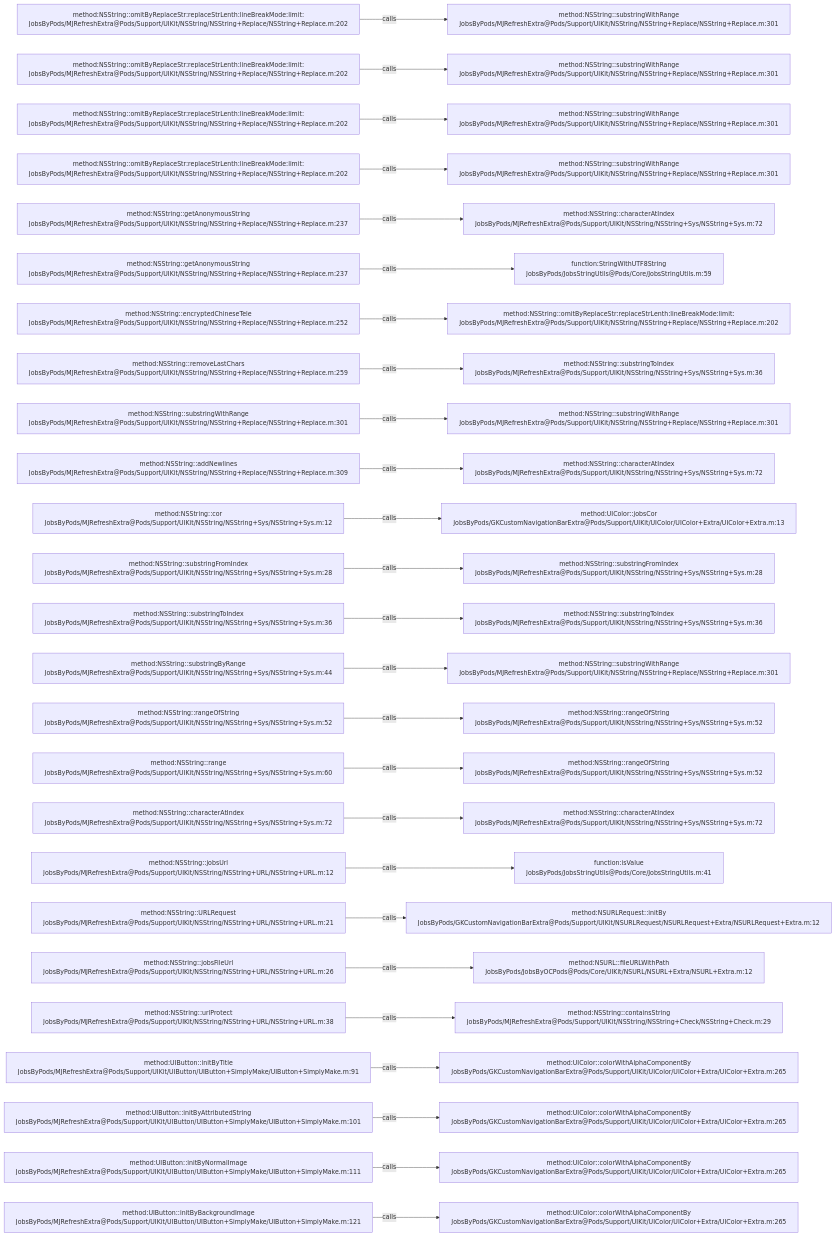
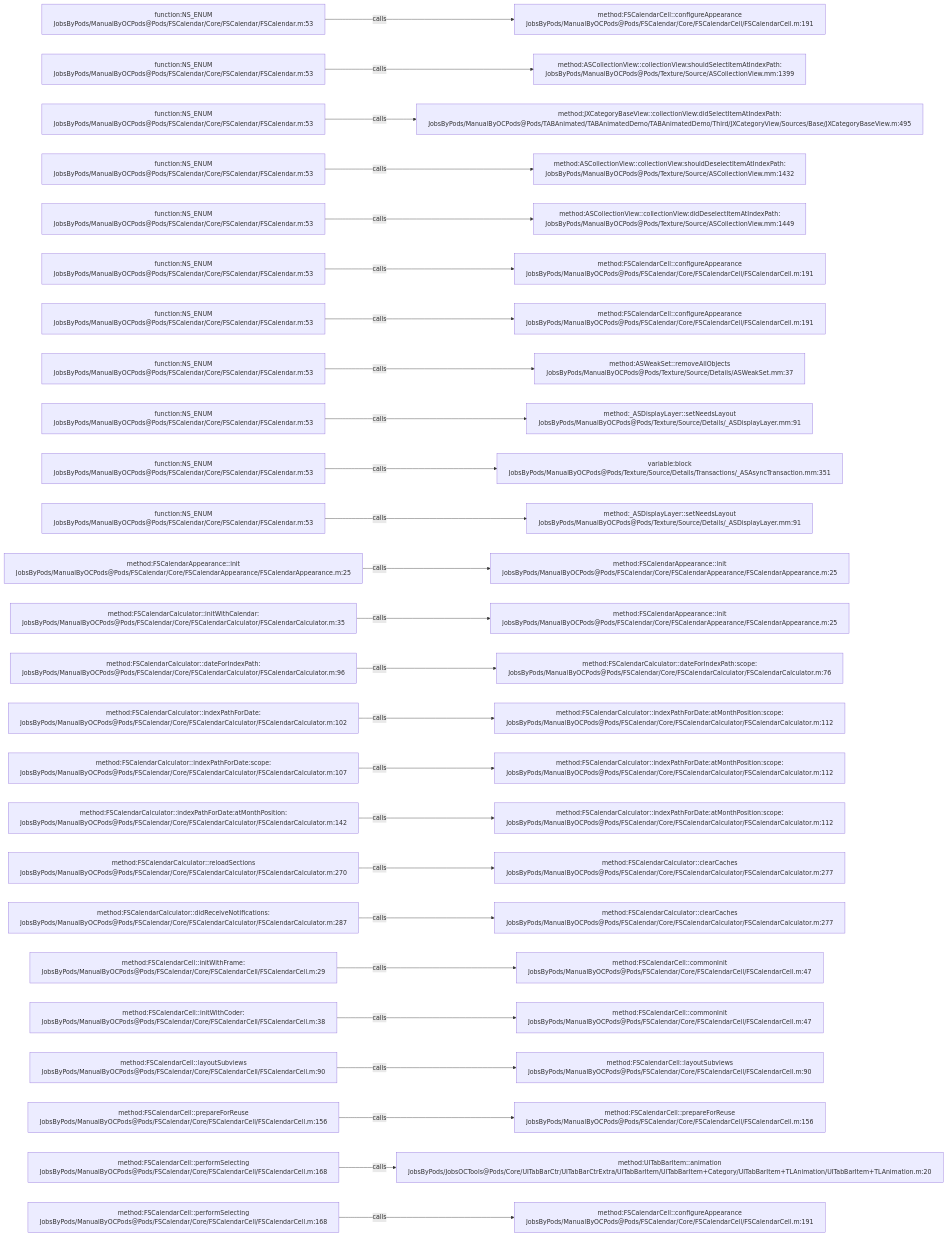
The diagram in .codegraph/codegraph.md/graphs/calls-179.md (JobsKits/JobsOCBaseConfigDemo), drawn with Mermaid before and after one commit. The commit also changed 639 other files, not shown here.

````diff
--- a/.codegraph/codegraph.md/graphs/calls-179.md
+++ b/.codegraph/codegraph.md/graphs/calls-179.md
@@ -13,78 +13,78 @@
 ```mermaid
 flowchart LR
-  S1["method:NSString::omitByReplaceStr:replaceStrLenth:lineBreakMode:limit:<br/>JobsByPods/MJRefreshExtra@Pods/Support/UIKit/NSString/NSString+Replace/NSString+Replace.m:202"]
-  T1["method:NSString::substringWithRange<br/>JobsByPods/MJRefreshExtra@Pods/Support/UIKit/NSString/NSString+Replace/NSString+Replace.m:301"]
+  S1["function:NS_ENUM<br/>JobsByPods/ManualByOCPods@Pods/FSCalendar/Core/FSCalendar/FSCalendar.m:53"]
+  T1["method:FSCalendarCell::configureAppearance<br/>JobsByPods/ManualByOCPods@Pods/FSCalendar/Core/FSCalendarCell/FSCalendarCell.m:191"]
   S1 -->|calls| T1
-  S2["method:NSString::omitByReplaceStr:replaceStrLenth:lineBreakMode:limit:<br/>JobsByPods/MJRefreshExtra@Pods/Support/UIKit/NSString/NSString+Replace/NSString+Replace.m:202"]
-  T2["method:NSString::substringWithRange<br/>JobsByPods/MJRefreshExtra@Pods/Support/UIKit/NSString/NSString+Replace/NSString+Replace.m:301"]
+  S2["function:NS_ENUM<br/>JobsByPods/ManualByOCPods@Pods/FSCalendar/Core/FSCalendar/FSCalendar.m:53"]
+  T2["method:ASCollectionView::collectionView:shouldSelectItemAtIndexPath:<br/>JobsByPods/ManualByOCPods@Pods/Texture/Source/ASCollectionView.mm:1399"]
   S2 -->|calls| T2
-  S3["method:NSString::omitByReplaceStr:replaceStrLenth:lineBreakMode:limit:<br/>JobsByPods/MJRefreshExtra@Pods/Support/UIKit/NSString/NSString+Replace/NSString+Replace.m:202"]
-  T3["method:NSString::substringWithRange<br/>JobsByPods/MJRefreshExtra@Pods/Support/UIKit/NSString/NSString+Replace/NSString+Replace.m:301"]
+  S3["function:NS_ENUM<br/>JobsByPods/ManualByOCPods@Pods/FSCalendar/Core/FSCalendar/FSCalendar.m:53"]
+  T3["method:JXCategoryBaseView::collectionView:didSelectItemAtIndexPath:<br/>JobsByPods/ManualByOCPods@Pods/TABAnimated/TABAnimatedDemo/TABAnimatedDemo/Third/JXCategoryView/Sources/Base/JXCategoryBaseView.m:495"]
   S3 -->|calls| T3
-  S4["method:NSString::omitByReplaceStr:replaceStrLenth:lineBreakMode:limit:<br/>JobsByPods/MJRefreshExtra@Pods/Support/UIKit/NSString/NSString+Replace/NSString+Replace.m:202"]
-  T4["method:NSString::substringWithRange<br/>JobsByPods/MJRefreshExtra@Pods/Support/UIKit/NSString/NSString+Replace/NSString+Replace.m:301"]
+  S4["function:NS_ENUM<br/>JobsByPods/ManualByOCPods@Pods/FSCalendar/Core/FSCalendar/FSCalendar.m:53"]
+  T4["method:ASCollectionView::collectionView:shouldDeselectItemAtIndexPath:<br/>JobsByPods/ManualByOCPods@Pods/Texture/Source/ASCollectionView.mm:1432"]
   S4 -->|calls| T4
-  S5["method:NSString::getAnonymousString<br/>JobsByPods/MJRefreshExtra@Pods/Support/UIKit/NSString/NSString+Replace/NSString+Replace.m:237"]
-  T5["method:NSString::characterAtIndex<br/>JobsByPods/MJRefreshExtra@Pods/Support/UIKit/NSString/NSString+Sys/NSString+Sys.m:72"]
+  S5["function:NS_ENUM<br/>JobsByPods/ManualByOCPods@Pods/FSCalendar/Core/FSCalendar/FSCalendar.m:53"]
+  T5["method:ASCollectionView::collectionView:didDeselectItemAtIndexPath:<br/>JobsByPods/ManualByOCPods@Pods/Texture/Source/ASCollectionView.mm:1449"]
   S5 -->|calls| T5
-  S6["method:NSString::getAnonymousString<br/>JobsByPods/MJRefreshExtra@Pods/Support/UIKit/NSString/NSString+Replace/NSString+Replace.m:237"]
-  T6["function:StringWithUTF8String<br/>JobsByPods/JobsStringUtils@Pods/Core/JobsStringUtils.m:59"]
+  S6["function:NS_ENUM<br/>JobsByPods/ManualByOCPods@Pods/FSCalendar/Core/FSCalendar/FSCalendar.m:53"]
+  T6["method:FSCalendarCell::configureAppearance<br/>JobsByPods/ManualByOCPods@Pods/FSCalendar/Core/FSCalendarCell/FSCalendarCell.m:191"]
   S6 -->|calls| T6
-  S7["method:NSString::encryptedChineseTele<br/>JobsByPods/MJRefreshExtra@Pods/Support/UIKit/NSString/NSString+Replace/NSString+Replace.m:252"]
-  T7["method:NSString::omitByReplaceStr:replaceStrLenth:lineBreakMode:limit:<br/>JobsByPods/MJRefreshExtra@Pods/Support/UIKit/NSString/NSString+Replace/NSString+Replace.m:202"]
+  S7["function:NS_ENUM<br/>JobsByPods/ManualByOCPods@Pods/FSCalendar/Core/FSCalendar/FSCalendar.m:53"]
+  T7["method:FSCalendarCell::configureAppearance<br/>JobsByPods/ManualByOCPods@Pods/FSCalendar/Core/FSCalendarCell/FSCalendarCell.m:191"]
   S7 -->|calls| T7
-  S8["method:NSString::removeLastChars<br/>JobsByPods/MJRefreshExtra@Pods/Support/UIKit/NSString/NSString+Replace/NSString+Replace.m:259"]
-  T8["method:NSString::substringToIndex<br/>JobsByPods/MJRefreshExtra@Pods/Support/UIKit/NSString/NSString+Sys/NSString+Sys.m:36"]
+  S8["function:NS_ENUM<br/>JobsByPods/ManualByOCPods@Pods/FSCalendar/Core/FSCalendar/FSCalendar.m:53"]
+  T8["method:ASWeakSet::removeAllObjects<br/>JobsByPods/ManualByOCPods@Pods/Texture/Source/Details/ASWeakSet.mm:37"]
   S8 -->|calls| T8
-  S9["method:NSString::substringWithRange<br/>JobsByPods/MJRefreshExtra@Pods/Support/UIKit/NSString/NSString+Replace/NSString+Replace.m:301"]
-  T9["method:NSString::substringWithRange<br/>JobsByPods/MJRefreshExtra@Pods/Support/UIKit/NSString/NSString+Replace/NSString+Replace.m:301"]
+  S9["function:NS_ENUM<br/>JobsByPods/ManualByOCPods@Pods/FSCalendar/Core/FSCalendar/FSCalendar.m:53"]
+  T9["method:_ASDisplayLayer::setNeedsLayout<br/>JobsByPods/ManualByOCPods@Pods/Texture/Source/Details/_ASDisplayLayer.mm:91"]
   S9 -->|calls| T9
-  S10["method:NSString::addNewlines<br/>JobsByPods/MJRefreshExtra@Pods/Support/UIKit/NSString/NSString+Replace/NSString+Replace.m:309"]
-  T10["method:NSString::characterAtIndex<br/>JobsByPods/MJRefreshExtra@Pods/Support/UIKit/NSString/NSString+Sys/NSString+Sys.m:72"]
+  S10["function:NS_ENUM<br/>JobsByPods/ManualByOCPods@Pods/FSCalendar/Core/FSCalendar/FSCalendar.m:53"]
+  T10["variable:block<br/>JobsByPods/ManualByOCPods@Pods/Texture/Source/Details/Transactions/_ASAsyncTransaction.mm:351"]
   S10 -->|calls| T10
-  S11["method:NSString::cor<br/>JobsByPods/MJRefreshExtra@Pods/Support/UIKit/NSString/NSString+Sys/NSString+Sys.m:12"]
-  T11["method:UIColor::jobsCor<br/>JobsByPods/GKCustomNavigationBarExtra@Pods/Support/UIKit/UIColor/UIColor+Extra/UIColor+Extra.m:13"]
+  S11["function:NS_ENUM<br/>JobsByPods/ManualByOCPods@Pods/FSCalendar/Core/FSCalendar/FSCalendar.m:53"]
+  T11["method:_ASDisplayLayer::setNeedsLayout<br/>JobsByPods/ManualByOCPods@Pods/Texture/Source/Details/_ASDisplayLayer.mm:91"]
   S11 -->|calls| T11
-  S12["method:NSString::substringFromIndex<br/>JobsByPods/MJRefreshExtra@Pods/Support/UIKit/NSString/NSString+Sys/NSString+Sys.m:28"]
-  T12["method:NSString::substringFromIndex<br/>JobsByPods/MJRefreshExtra@Pods/Support/UIKit/NSString/NSString+Sys/NSString+Sys.m:28"]
+  S12["method:FSCalendarAppearance::init<br/>JobsByPods/ManualByOCPods@Pods/FSCalendar/Core/FSCalendarAppearance/FSCalendarAppearance.m:25"]
+  T12["method:FSCalendarAppearance::init<br/>JobsByPods/ManualByOCPods@Pods/FSCalendar/Core/FSCalendarAppearance/FSCalendarAppearance.m:25"]
   S12 -->|calls| T12
-  S13["method:NSString::substringToIndex<br/>JobsByPods/MJRefreshExtra@Pods/Support/UIKit/NSString/NSString+Sys/NSString+Sys.m:36"]
-  T13["method:NSString::substringToIndex<br/>JobsByPods/MJRefreshExtra@Pods/Support/UIKit/NSString/NSString+Sys/NSString+Sys.m:36"]
+  S13["method:FSCalendarCalculator::initWithCalendar:<br/>JobsByPods/ManualByOCPods@Pods/FSCalendar/Core/FSCalendarCalculator/FSCalendarCalculator.m:35"]
+  T13["method:FSCalendarAppearance::init<br/>JobsByPods/ManualByOCPods@Pods/FSCalendar/Core/FSCalendarAppearance/FSCalendarAppearance.m:25"]
   S13 -->|calls| T13
-  S14["method:NSString::substringByRange<br/>JobsByPods/MJRefreshExtra@Pods/Support/UIKit/NSString/NSString+Sys/NSString+Sys.m:44"]
-  T14["method:NSString::substringWithRange<br/>JobsByPods/MJRefreshExtra@Pods/Support/UIKit/NSString/NSString+Replace/NSString+Replace.m:301"]
+  S14["method:FSCalendarCalculator::dateForIndexPath:<br/>JobsByPods/ManualByOCPods@Pods/FSCalendar/Core/FSCalendarCalculator/FSCalendarCalculator.m:96"]
+  T14["method:FSCalendarCalculator::dateForIndexPath:scope:<br/>JobsByPods/ManualByOCPods@Pods/FSCalendar/Core/FSCalendarCalculator/FSCalendarCalculator.m:76"]
   S14 -->|calls| T14
-  S15["method:NSString::rangeOfString<br/>JobsByPods/MJRefreshExtra@Pods/Support/UIKit/NSString/NSString+Sys/NSString+Sys.m:52"]
-  T15["method:NSString::rangeOfString<br/>JobsByPods/MJRefreshExtra@Pods/Support/UIKit/NSString/NSString+Sys/NSString+Sys.m:52"]
+  S15["method:FSCalendarCalculator::indexPathForDate:<br/>JobsByPods/ManualByOCPods@Pods/FSCalendar/Core/FSCalendarCalculator/FSCalendarCalculator.m:102"]
+  T15["method:FSCalendarCalculator::indexPathForDate:atMonthPosition:scope:<br/>JobsByPods/ManualByOCPods@Pods/FSCalendar/Core/FSCalendarCalculator/FSCalendarCalculator.m:112"]
   S15 -->|calls| T15
-  S16["method:NSString::range<br/>JobsByPods/MJRefreshExtra@Pods/Support/UIKit/NSString/NSString+Sys/NSString+Sys.m:60"]
-  T16["method:NSString::rangeOfString<br/>JobsByPods/MJRefreshExtra@Pods/Support/UIKit/NSString/NSString+Sys/NSString+Sys.m:52"]
+  S16["method:FSCalendarCalculator::indexPathForDate:scope:<br/>JobsByPods/ManualByOCPods@Pods/FSCalendar/Core/FSCalendarCalculator/FSCalendarCalculator.m:107"]
+  T16["method:FSCalendarCalculator::indexPathForDate:atMonthPosition:scope:<br/>JobsByPods/ManualByOCPods@Pods/FSCalendar/Core/FSCalendarCalculator/FSCalendarCalculator.m:112"]
   S16 -->|calls| T16
-  S17["method:NSString::characterAtIndex<br/>JobsByPods/MJRefreshExtra@Pods/Support/UIKit/NSString/NSString+Sys/NSString+Sys.m:72"]
-  T17["method:NSString::characterAtIndex<br/>JobsByPods/MJRefreshExtra@Pods/Support/UIKit/NSString/NSString+Sys/NSString+Sys.m:72"]
+  S17["method:FSCalendarCalculator::indexPathForDate:atMonthPosition:<br/>JobsByPods/ManualByOCPods@Pods/FSCalendar/Core/FSCalendarCalculator/FSCalendarCalculator.m:142"]
+  T17["method:FSCalendarCalculator::indexPathForDate:atMonthPosition:scope:<br/>JobsByPods/ManualByOCPods@Pods/FSCalendar/Core/FSCalendarCalculator/FSCalendarCalculator.m:112"]
   S17 -->|calls| T17
-  S18["method:NSString::jobsUrl<br/>JobsByPods/MJRefreshExtra@Pods/Support/UIKit/NSString/NSString+URL/NSString+URL.m:12"]
-  T18["function:isValue<br/>JobsByPods/JobsStringUtils@Pods/Core/JobsStringUtils.m:41"]
+  S18["method:FSCalendarCalculator::reloadSections<br/>JobsByPods/ManualByOCPods@Pods/FSCalendar/Core/FSCalendarCalculator/FSCalendarCalculator.m:270"]
+  T18["method:FSCalendarCalculator::clearCaches<br/>JobsByPods/ManualByOCPods@Pods/FSCalendar/Core/FSCalendarCalculator/FSCalendarCalculator.m:277"]
   S18 -->|calls| T18
-  S19["method:NSString::URLRequest<br/>JobsByPods/MJRefreshExtra@Pods/Support/UIKit/NSString/NSString+URL/NSString+URL.m:21"]
-  T19["method:NSURLRequest::initBy<br/>JobsByPods/GKCustomNavigationBarExtra@Pods/Support/UIKit/NSURLRequest/NSURLRequest+Extra/NSURLRequest+Extra.m:12"]
+  S19["method:FSCalendarCalculator::didReceiveNotifications:<br/>JobsByPods/ManualByOCPods@Pods/FSCalendar/Core/FSCalendarCalculator/FSCalendarCalculator.m:287"]
+  T19["method:FSCalendarCalculator::clearCaches<br/>JobsByPods/ManualByOCPods@Pods/FSCalendar/Core/FSCalendarCalculator/FSCalendarCalculator.m:277"]
   S19 -->|calls| T19
-  S20["method:NSString::jobsFileUrl<br/>JobsByPods/MJRefreshExtra@Pods/Support/UIKit/NSString/NSString+URL/NSString+URL.m:26"]
-  T20["method:NSURL::fileURLWithPath<br/>JobsByPods/JobsByOCPods@Pods/Core/UIKit/NSURL/NSURL+Extra/NSURL+Extra.m:12"]
+  S20["method:FSCalendarCell::initWithFrame:<br/>JobsByPods/ManualByOCPods@Pods/FSCalendar/Core/FSCalendarCell/FSCalendarCell.m:29"]
+  T20["method:FSCalendarCell::commonInit<br/>JobsByPods/ManualByOCPods@Pods/FSCalendar/Core/FSCalendarCell/FSCalendarCell.m:47"]
   S20 -->|calls| T20
-  S21["method:NSString::urlProtect<br/>JobsByPods/MJRefreshExtra@Pods/Support/UIKit/NSString/NSString+URL/NSString+URL.m:38"]
-  T21["method:NSString::containsString<br/>JobsByPods/MJRefreshExtra@Pods/Support/UIKit/NSString/NSString+Check/NSString+Check.m:29"]
+  S21["method:FSCalendarCell::initWithCoder:<br/>JobsByPods/ManualByOCPods@Pods/FSCalendar/Core/FSCalendarCell/FSCalendarCell.m:38"]
+  T21["method:FSCalendarCell::commonInit<br/>JobsByPods/ManualByOCPods@Pods/FSCalendar/Core/FSCalendarCell/FSCalendarCell.m:47"]
   S21 -->|calls| T21
-  S22["method:UIButton::initByTitle<br/>JobsByPods/MJRefreshExtra@Pods/Support/UIKit/UIButton/UIButton+SimplyMake/UIButton+SimplyMake.m:91"]
-  T22["method:UIColor::colorWithAlphaComponentBy<br/>JobsByPods/GKCustomNavigationBarExtra@Pods/Support/UIKit/UIColor/UIColor+Extra/UIColor+Extra.m:265"]
+  S22["method:FSCalendarCell::layoutSubviews<br/>JobsByPods/ManualByOCPods@Pods/FSCalendar/Core/FSCalendarCell/FSCalendarCell.m:90"]
+  T22["method:FSCalendarCell::layoutSubviews<br/>JobsByPods/ManualByOCPods@Pods/FSCalendar/Core/FSCalendarCell/FSCalendarCell.m:90"]
   S22 -->|calls| T22
-  S23["method:UIButton::initByAttributedString<br/>JobsByPods/MJRefreshExtra@Pods/Support/UIKit/UIButton/UIButton+SimplyMake/UIButton+SimplyMake.m:101"]
-  T23["method:UIColor::colorWithAlphaComponentBy<br/>JobsByPods/GKCustomNavigationBarExtra@Pods/Support/UIKit/UIColor/UIColor+Extra/UIColor+Extra.m:265"]
+  S23["method:FSCalendarCell::prepareForReuse<br/>JobsByPods/ManualByOCPods@Pods/FSCalendar/Core/FSCalendarCell/FSCalendarCell.m:156"]
+  T23["method:FSCalendarCell::prepareForReuse<br/>JobsByPods/ManualByOCPods@Pods/FSCalendar/Core/FSCalendarCell/FSCalendarCell.m:156"]
   S23 -->|calls| T23
-  S24["method:UIButton::initByNormalImage<br/>JobsByPods/MJRefreshExtra@Pods/Support/UIKit/UIButton/UIButton+SimplyMake/UIButton+SimplyMake.m:111"]
-  T24["method:UIColor::colorWithAlphaComponentBy<br/>JobsByPods/GKCustomNavigationBarExtra@Pods/Support/UIKit/UIColor/UIColor+Extra/UIColor+Extra.m:265"]
+  S24["method:FSCalendarCell::performSelecting<br/>JobsByPods/ManualByOCPods@Pods/FSCalendar/Core/FSCalendarCell/FSCalendarCell.m:168"]
+  T24["method:UITabBarItem::animation<br/>JobsByPods/JobsOCTools@Pods/Core/UITabBarCtr/UITabBarCtrExtra/UITabBarItem/UITabBarItem+Category/UITabBarItem+TLAnimation/UITabBarItem+TLAnimation.m:20"]
   S24 -->|calls| T24
-  S25["method:UIButton::initByBackgroundImage<br/>JobsByPods/MJRefreshExtra@Pods/Support/UIKit/UIButton/UIButton+SimplyMake/UIButton+SimplyMake.m:121"]
-  T25["method:UIColor::colorWithAlphaComponentBy<br/>JobsByPods/GKCustomNavigationBarExtra@Pods/Support/UIKit/UIColor/UIColor+Extra/UIColor+Extra.m:265"]
+  S25["method:FSCalendarCell::performSelecting<br/>JobsByPods/ManualByOCPods@Pods/FSCalendar/Core/FSCalendarCell/FSCalendarCell.m:168"]
+  T25["method:FSCalendarCell::configureAppearance<br/>JobsByPods/ManualByOCPods@Pods/FSCalendar/Core/FSCalendarCell/FSCalendarCell.m:191"]
   S25 -->|calls| T25
 ```
````
